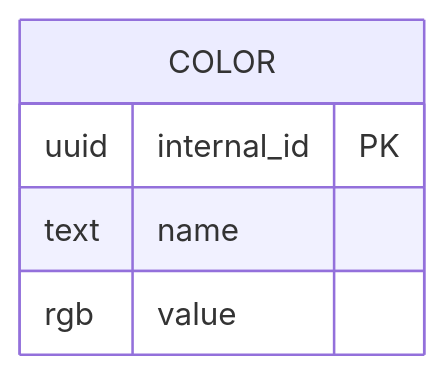
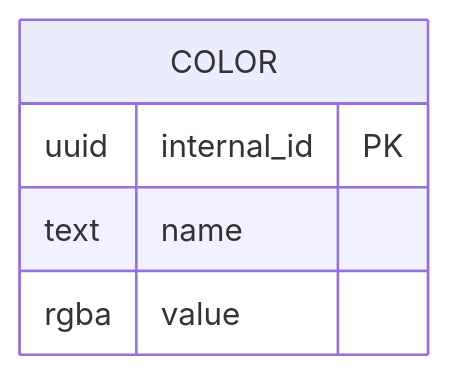
One commit to AlexandreGallais/synoptic-studio-spec changed the diagram in metadata/entities/02-color.md. Above: the diagram before and after it, drawn with Mermaid. The commit also changed other lines of this file and 5 other files, not shown here.

````diff
--- a/metadata/entities/02-color.md
+++ b/metadata/entities/02-color.md
@@ -13,8 +13,8 @@
 ```mermaid
 erDiagram
     COLOR {
         uuid internal_id PK
         text name
-        rgb value
+        rgba value
     }
 ```
````
